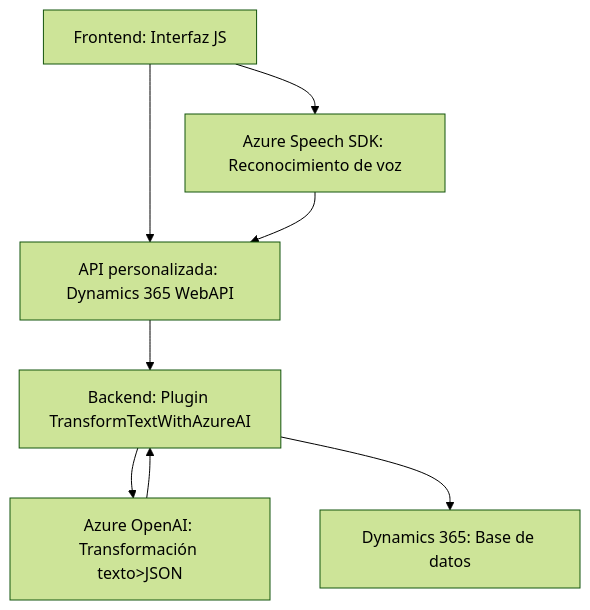
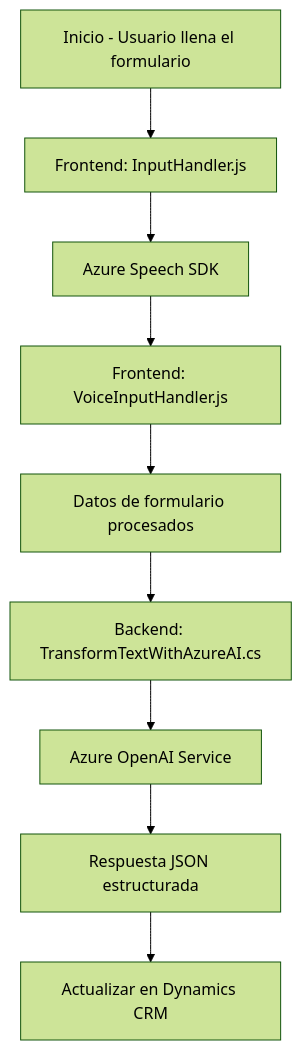
The diagram in README.md (blopezdm/NETCORE_BILBAO2025), drawn with Mermaid (forest theme) before and after one commit. The commit also changed other lines of this file, not shown here.

Commit message:
Actualizar análisis global de la solución con IA

````diff
--- a/README.md
+++ b/README.md
@@ -52,17 +37,21 @@
 ```mermaid
 graph TD
-    A["Frontend: Interfaz JS"]
-    B["Azure Speech SDK: Reconocimiento de voz"]
-    C["API personalizada: Dynamics 365 WebAPI"]
-    D["Backend: Plugin TransformTextWithAzureAI"]
-    E["Azure OpenAI: Transformación texto>JSON"]
-    F["Dynamics 365: Base de datos"]
+A["Inicio - Usuario llena el formulario"]
+B["Frontend: InputHandler.js"]
+C["Azure Speech SDK"]
+D["Frontend: VoiceInputHandler.js"]
+E["Datos de formulario procesados"]
+F["Backend: TransformTextWithAzureAI.cs"]
+G["Azure OpenAI Service"]
+H["Respuesta JSON estructurada"]
+I["Actualizar en Dynamics CRM"]
 
-    A --> B
-    A --> C
-    B --> C
-    C --> D
-    D --> E
-    D --> F
-    E --> D
+A --> B
+B --> C
+C --> D
+D --> E
+E --> F
+F --> G
+G --> H
+H --> I
 ```
````
